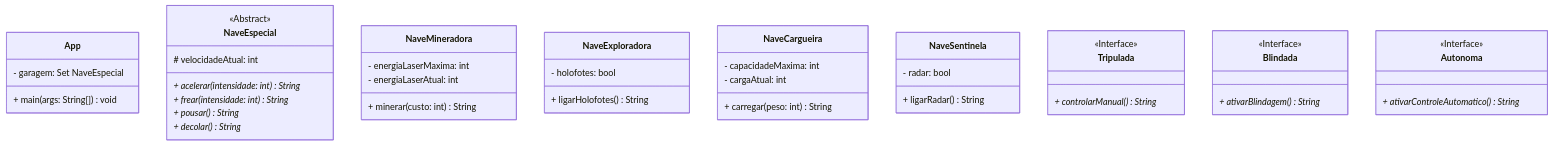
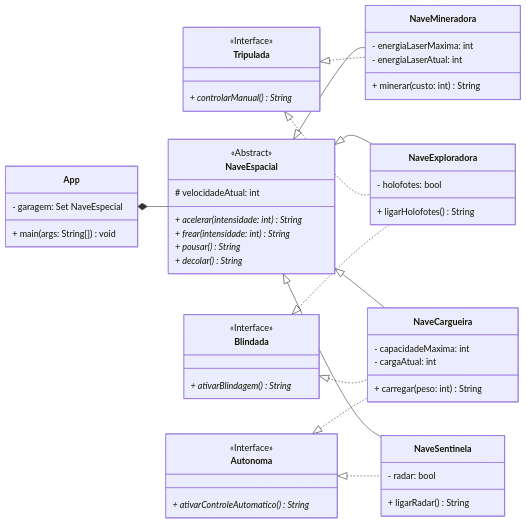
The diagram in readme.md (sergio-prolo-class/lista-4-willian), drawn with Mermaid before and after one commit.

Commit message:
Atualiza o diagrama de classes

````diff
--- a/readme.md
+++ b/readme.md
@@ -5,62 +5,78 @@
 ```mermaid
 
 classDiagram
+    
+    direction LR
     
     class App {
         - garagem: Set NaveEspecial
         + main(args: String[]) void
     }
     
-    class NaveEspecial {
+    class NaveEspacial {
             <<Abstract>>
         # velocidadeAtual: int
         
         + acelerar(intensidade: int) String *
         + frear(intensidade: int) String *
         + pousar() String *
         + decolar() String *
     }
     
     class NaveMineradora {
         - energiaLaserMaxima: int
         - energiaLaserAtual: int
         
         + minerar(custo: int) String
     }
     
     class NaveExploradora {
         - holofotes: bool
         + ligarHolofotes() String
     }
     
     class NaveCargueira {
         - capacidadeMaxima: int
         - cargaAtual: int
         + carregar(peso: int) String
     }
     
     class NaveSentinela {
         - radar: bool
         + ligarRadar() String
     }
     
     class Tripulada {
         <<Interface>>
         + controlarManual() String *
     }
     
     class Blindada {
         <<Interface>>
         + ativarBlindagem() String *
     }
     
     class Autonoma {
         <<Interface>>
         + ativarControleAutomatico() String *
     }
+    
+    App *-- NaveEspacial
+    
+    NaveEspacial <|-- NaveMineradora 
+    NaveEspacial <|-- NaveExploradora
+    NaveEspacial <|-- NaveCargueira
+    NaveEspacial <|-- NaveSentinela
+
+    Tripulada <|.. NaveMineradora
+    Tripulada <|.. NaveExploradora
+    Blindada <|.. NaveExploradora
+    Blindada <|.. NaveCargueira
+    Autonoma <|.. NaveCargueira
+    Autonoma <|.. NaveSentinela
         
     
 
 
 
 ```
````
